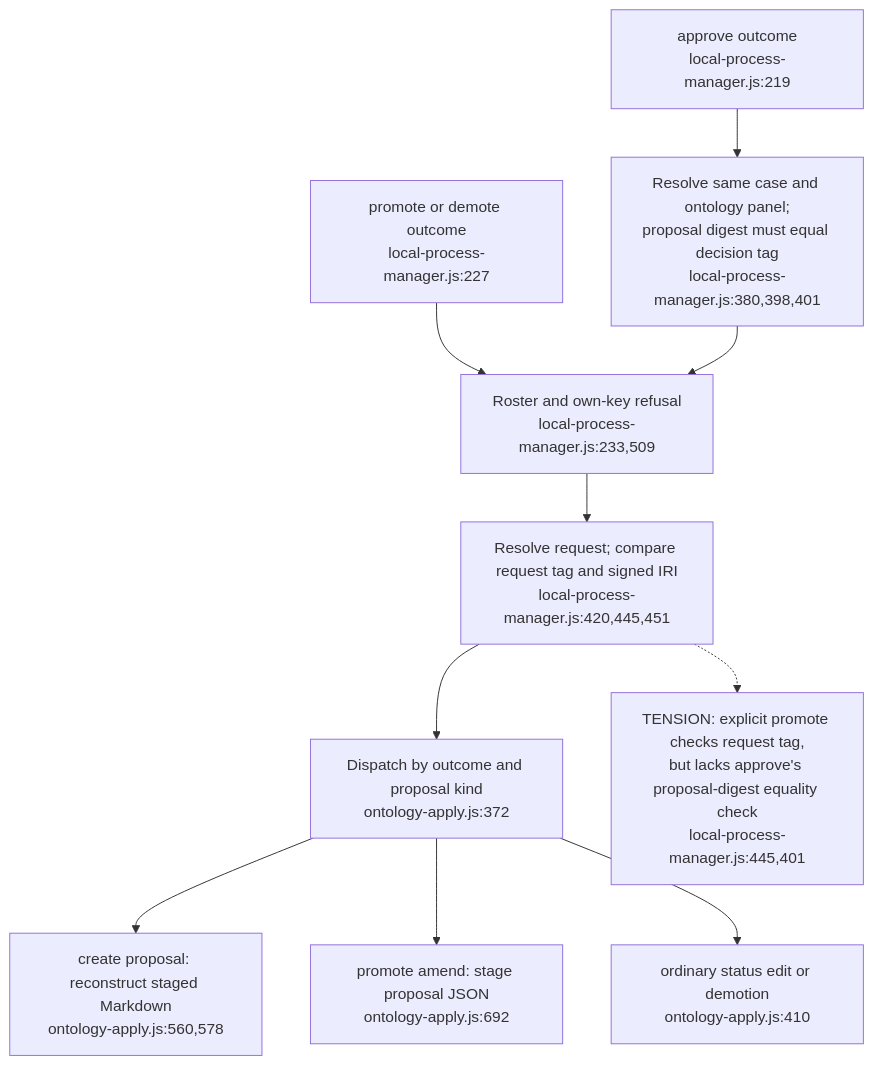
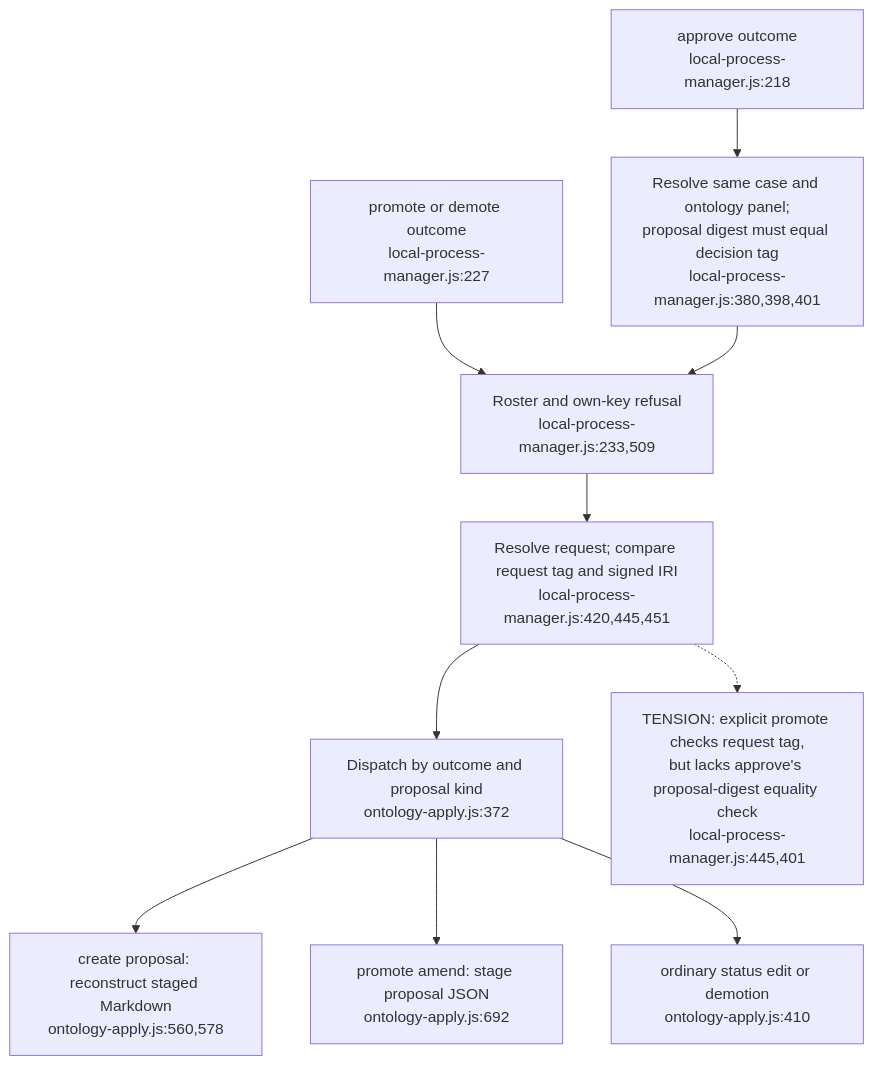
The first of 3 diagrams in docs/diagrams/ontomark/07-governed-create-and-amend.md (DreamLab-AI/VisionFlow), drawn with Mermaid before and after one commit.

Commit message:
diagrams(ontomark): OM-07 approve node cites the branch at local-process-manager.js:218
At agentbox 59b1aca, :219 is the comment inside the approve branch; the
`if (outcome === 'approve')` line is :218.

````diff
--- a/docs/diagrams/ontomark/07-governed-create-and-amend.md
+++ b/docs/diagrams/ontomark/07-governed-create-and-amend.md
@@ -27,12 +27,12 @@
 ```mermaid
 flowchart TD
-    A["approve outcome<br/>local-process-manager.js:219"] --> Q["Resolve same case and ontology panel;<br/>proposal digest must equal decision tag<br/>local-process-manager.js:380,398,401"]
+    A["approve outcome<br/>local-process-manager.js:218"] --> Q["Resolve same case and ontology panel;<br/>proposal digest must equal decision tag<br/>local-process-manager.js:380,398,401"]
     P["promote or demote outcome<br/>local-process-manager.js:227"] --> R["Roster and own-key refusal<br/>local-process-manager.js:233,509"]
     Q --> R
     R --> B["Resolve request; compare request tag and signed IRI<br/>local-process-manager.js:420,445,451"]
     B --> D["Dispatch by outcome and proposal kind<br/>ontology-apply.js:372"]
     D --> C["create proposal: reconstruct staged Markdown<br/>ontology-apply.js:560,578"]
     D --> M["promote amend: stage proposal JSON<br/>ontology-apply.js:692"]
     D --> E["ordinary status edit or demotion<br/>ontology-apply.js:410"]
     B -.-> X["TENSION: explicit promote checks request tag,<br/>but lacks approve's proposal-digest equality check<br/>local-process-manager.js:445,401"]
 ```
````
